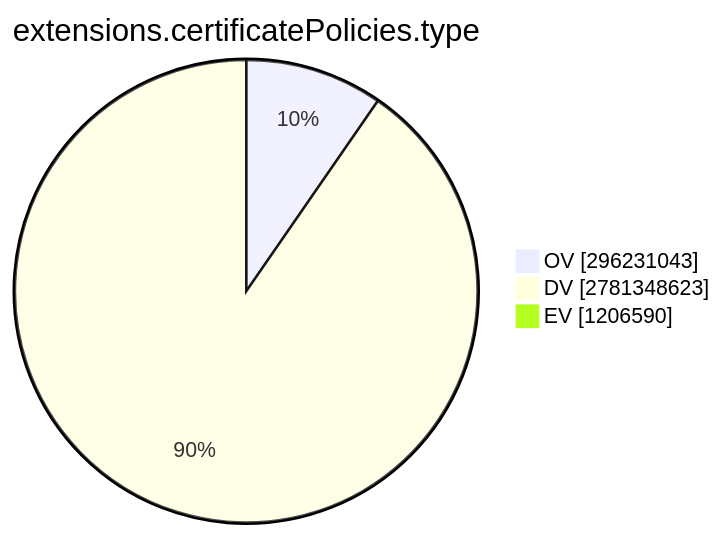
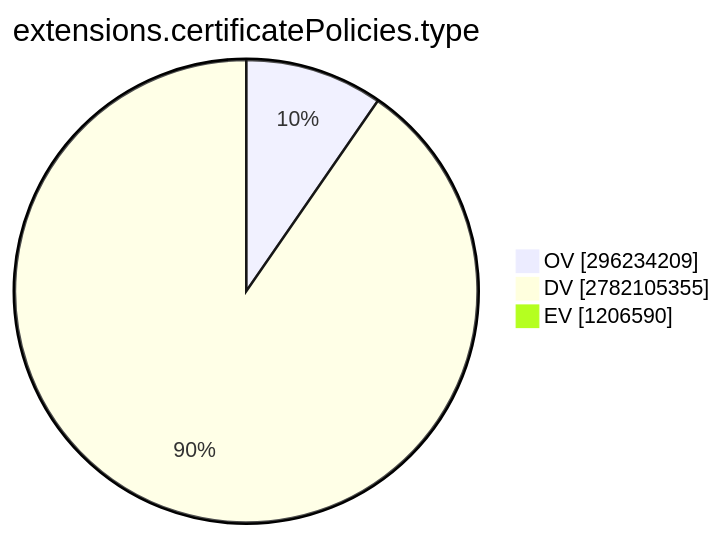
One commit to christiankrug/ctmonitor_visualization changed the ninth of 15 diagrams in TOTAL/README.md. Above: the diagram before and after it, drawn with Mermaid. The commit also changed other lines of this file, not shown here.

````diff
--- a/TOTAL/README.md
+++ b/TOTAL/README.md
@@ -3099,7 +3099,7 @@
 ```mermaid
 pie showData
 title extensions.certificatePolicies.type
-"OV" :296231043
-"DV" :2781348623
+"OV" :296234209
+"DV" :2782105355
 "EV" :1206590
 ```
````
